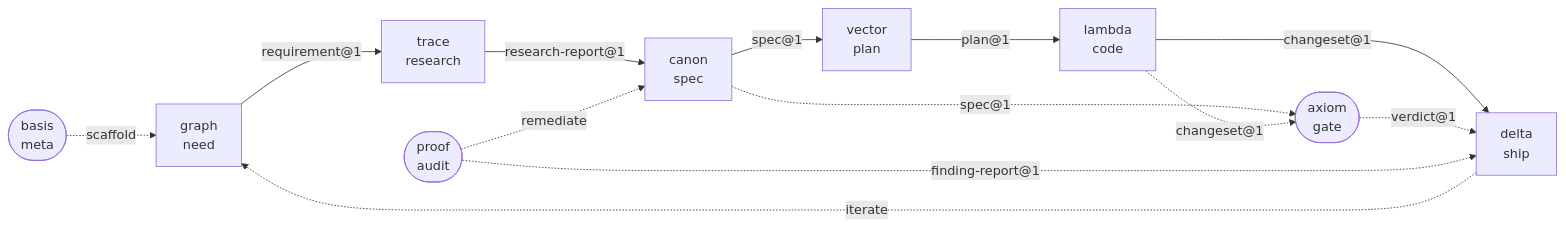
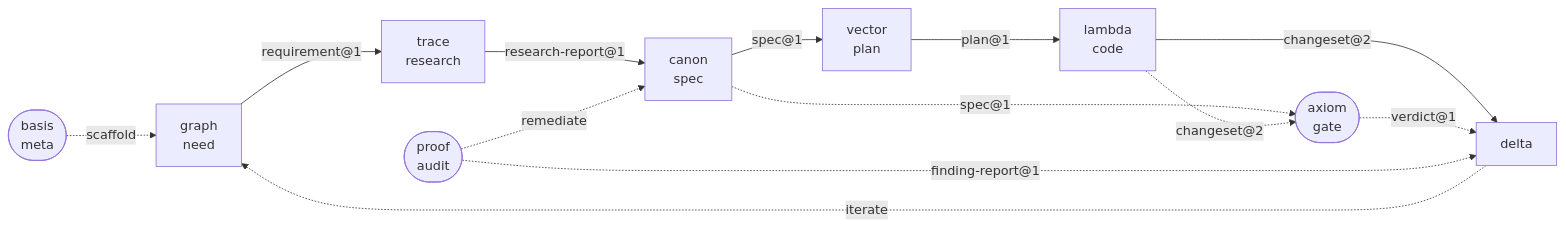
One commit to orin-dx/agent-plugins changed the diagram in README.md. Above: the diagram before and after it, drawn with Mermaid. The commit also changed other lines of this file and 3 other files, not shown here.

````diff
--- a/README.md
+++ b/README.md
@@ -25,18 +25,18 @@
 ```mermaid
 flowchart LR
     gr[graph\nneed] -->|"requirement@1"| tr[trace\nresearch]
     tr -->|"research-report@1"| ca[canon\nspec]
     ca -->|"spec@1"| ve[vector\nplan]
     ve -->|"plan@1"| la[lambda\ncode]
-    la -->|"changeset@1"| de[delta\nship]
+    la -->|"changeset@2"| de[delta]
     de -. iterate .-> gr
 
     ax([axiom\ngate])
     ca -.->|"spec@1"| ax
-    la -.->|"changeset@1"| ax
+    la -.->|"changeset@2"| ax
     ax -.->|"verdict@1"| de
 
     pr([proof\naudit]) -.->|"finding-report@1"| de
     pr -.->|"remediate"| ca
     ba([basis\nmeta]) -. scaffold .-> gr
 ```
````
